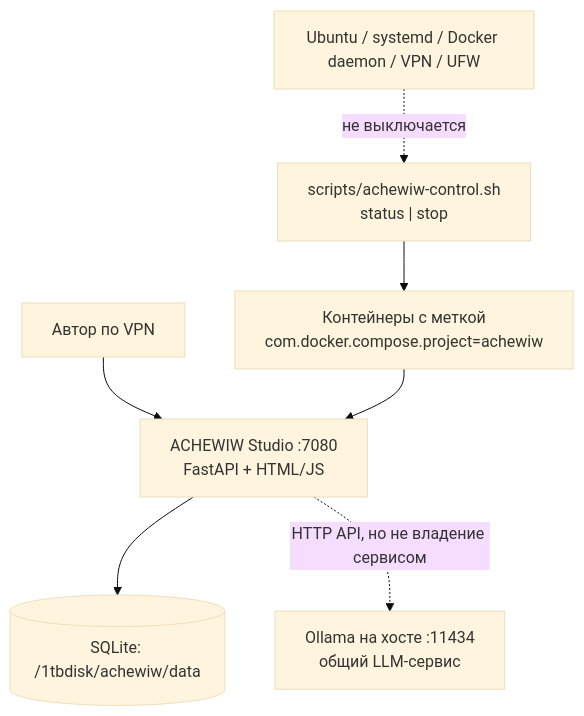
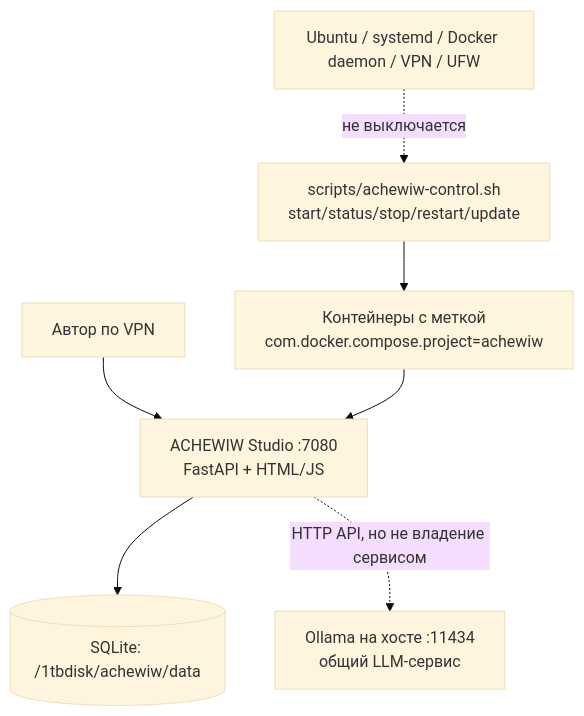
The diagram in docs/PROJECT-LIFECYCLE.md (musikfed/achewiw), drawn with Mermaid (base theme) before and after one commit. The commit also changed other lines of this file, not shown here.

Commit message:
docs(achewiw): align lifecycle and user-systemd ownership instructions with implemented CLI

````diff
--- a/docs/PROJECT-LIFECYCLE.md
+++ b/docs/PROJECT-LIFECYCLE.md
@@ -10,9 +12,9 @@
 ```mermaid
 flowchart TB
   Author["Автор по VPN"] --> UI["ACHEWIW Studio :7080<br/>FastAPI + HTML/JS"]
   UI --> DB[("SQLite: /1tbdisk/achewiw/data")]
   UI -. "HTTP API, но не владение сервисом" .-> Ollama["Ollama на хосте :11434<br/>общий LLM-сервис"]
-  CLI["scripts/achewiw-control.sh<br/>status | stop"] --> Compose["Контейнеры с меткой<br/>com.docker.compose.project=achewiw"]
+  CLI["scripts/achewiw-control.sh<br/>start/status/stop/restart/update"] --> Compose["Контейнеры с меткой<br/>com.docker.compose.project=achewiw"]
   Compose --> UI
   Host["Ubuntu / systemd / Docker daemon / VPN / UFW"] -. "не выключается" .-> CLI
 ```
````
